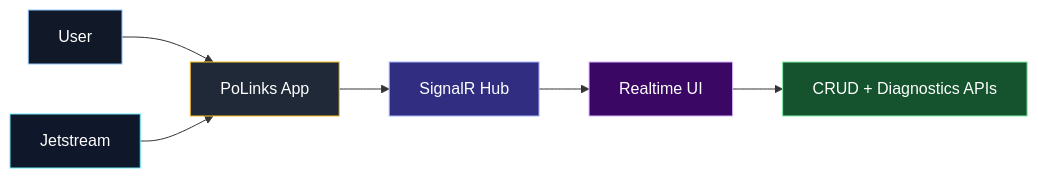
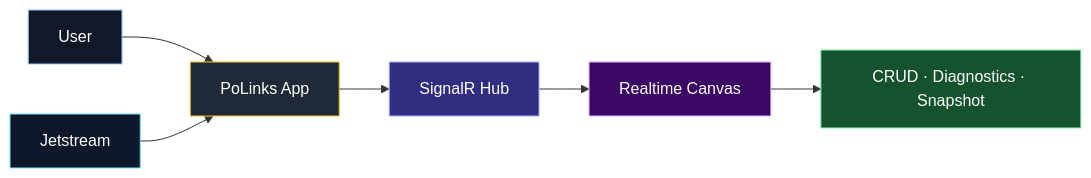
One commit to punkouter26/PoLinks changed the diagram in docs/SystemFlow_SIMPLE.mmd. Above: the diagram before and after it, drawn with Mermaid. The commit also changed 67 other files, not shown here.

```diff
--- a/docs/SystemFlow_SIMPLE.mmd
+++ b/docs/SystemFlow_SIMPLE.mmd
@@ -1,12 +1,12 @@
 flowchart LR
     U["User"] --> APP["PoLinks App"]
     JET["Jetstream"] --> APP
-    APP --> HUB["SignalR Hub"] --> UI["Realtime UI"]
-    UI --> API["CRUD + Diagnostics APIs"]
+    APP --> HUB["SignalR Hub"] --> UI["Realtime Canvas"]
+    UI --> API["CRUD · Diagnostics · Snapshot"]
 
     style U fill:#111827,stroke:#93c5fd,color:#fff
     style APP fill:#1f2937,stroke:#fbbf24,color:#fff
     style JET fill:#0f172a,stroke:#67e8f9,color:#fff
     style HUB fill:#312e81,stroke:#a5b4fc,color:#fff
     style UI fill:#3b0764,stroke:#d8b4fe,color:#fff
     style API fill:#14532d,stroke:#86efac,color:#fff
```
